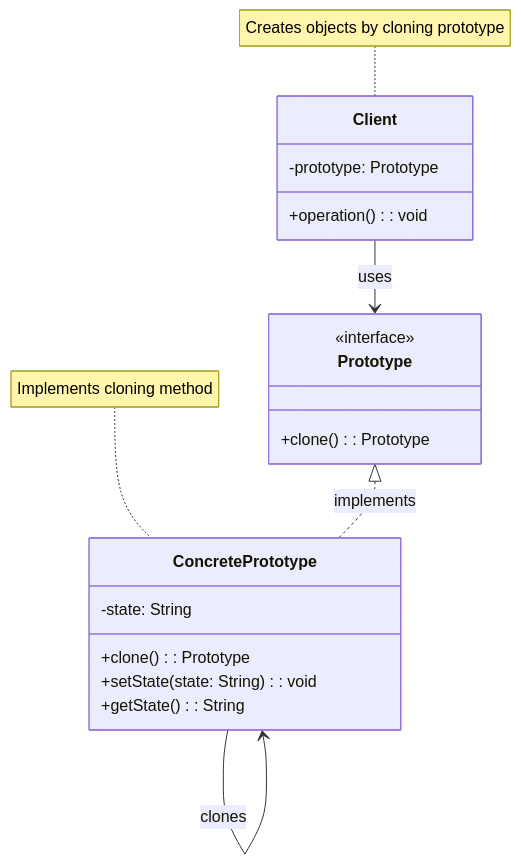
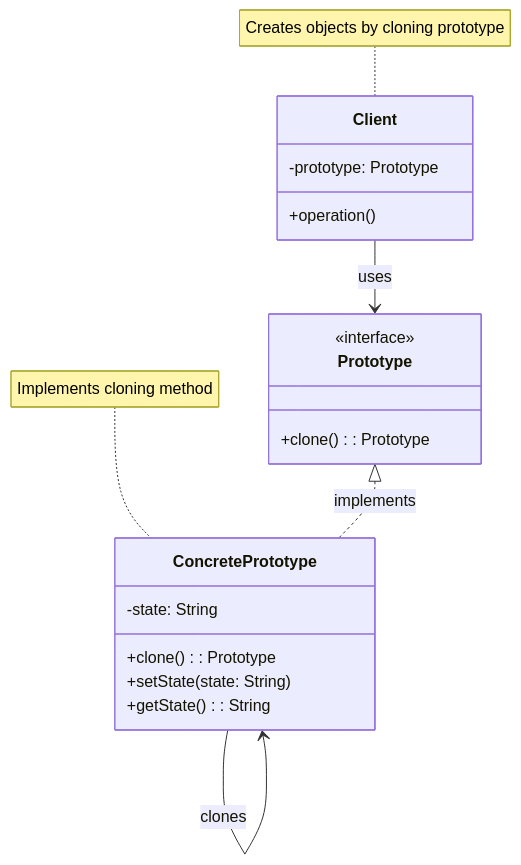
The first of 3 diagrams in resources/design-patterns/laravel/creational/prototype_en.md (fanly/DesignPattern), drawn with Mermaid before and after one commit. The commit also changed 103 other files, not shown here.

````diff
--- a/resources/design-patterns/laravel/creational/prototype_en.md
+++ b/resources/design-patterns/laravel/creational/prototype_en.md
@@ -11,26 +11,26 @@
 ```mermaid
 classDiagram
     class Prototype {
         <<interface>>
         +clone(): Prototype
     }
     
     class ConcretePrototype {
         -state: String
         +clone(): Prototype
-        +setState(state: String): void
+        +setState(state: String)
         +getState(): String
     }
     
     class Client {
         -prototype: Prototype
-        +operation(): void
+        +operation()
     }
     
     Prototype <|.. ConcretePrototype : implements
     Client --> Prototype : uses
     ConcretePrototype --> ConcretePrototype : clones
     
     note for ConcretePrototype "Implements cloning method"
     note for Client "Creates objects by cloning prototype"
 ```
````
